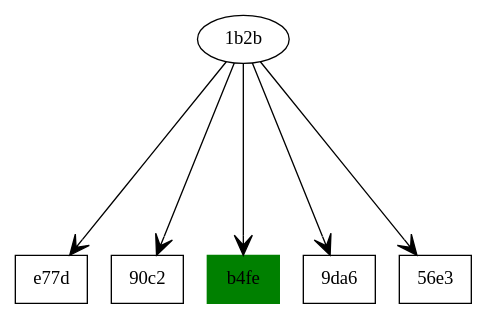
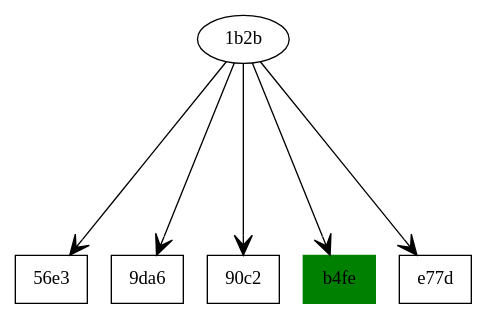
The diagram in doctest-output/also_likes.gv (HMohammad1/Application_for_Data_Visualization), drawn with Graphviz before and after one commit. The commit also changed other lines of this file and 5 other files, not shown here.

```diff
--- a/doctest-output/also_likes.gv
+++ b/doctest-output/also_likes.gv
@@ -1,20 +1,20 @@
 // Also Likes Graph
 digraph also_likes {
 	edge [arrowhead=vee arrowsize=1.5]
 	ranksep=2
-	e77d [label=e77d shape=box]
+	"56e3" [label="56e3" shape=box]
 	"1b2b" [label="1b2b"]
-	"1b2b" -> e77d
+	"1b2b" -> "56e3"
+	"9da6" [label="9da6" shape=box]
+	"1b2b" [label="1b2b"]
+	"1b2b" -> "9da6"
 	"90c2" [label="90c2" shape=box]
 	"1b2b" [label="1b2b"]
 	"1b2b" -> "90c2"
 	b4fe [label=b4fe color=green fillcolor=green shape=box style=filled]
 	"1b2b" [label="1b2b"]
 	"1b2b" -> b4fe
-	"9da6" [label="9da6" shape=box]
+	e77d [label=e77d shape=box]
 	"1b2b" [label="1b2b"]
-	"1b2b" -> "9da6"
-	"56e3" [label="56e3" shape=box]
-	"1b2b" [label="1b2b"]
-	"1b2b" -> "56e3"
+	"1b2b" -> e77d
 }
```
